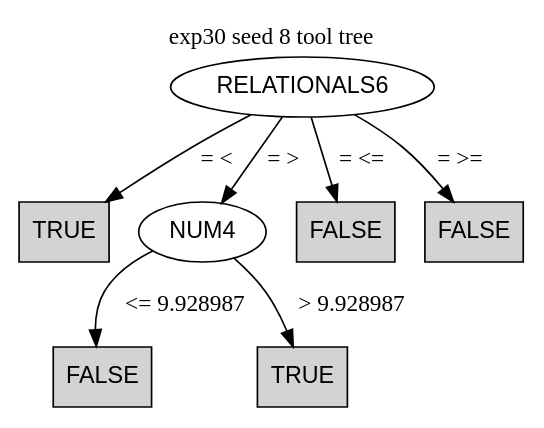
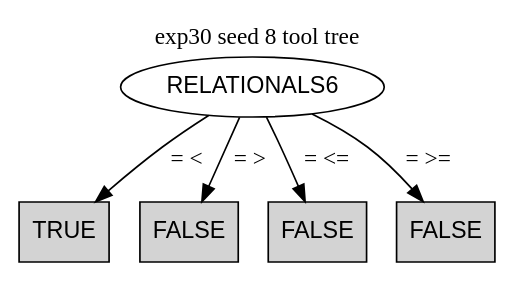
The diagram in derived_results/tool_trees/exp30/seed8/tool_tree.dot (rdinizcal/Diagnosis-replication-package), drawn with Graphviz before and after one commit. The commit also changed 666 other files, not shown here.

```diff
--- a/derived_results/tool_trees/exp30/seed8/tool_tree.dot
+++ b/derived_results/tool_trees/exp30/seed8/tool_tree.dot
@@ -1,18 +1,14 @@
 digraph J48Tree {
 rankdir=TB;
 node [fontname=Helvetica];
 label="exp30 seed 8 tool tree"; labelloc=t;
 N0 [label="RELATIONALS6",shape=ellipse];
 N1 [label="TRUE",shape=box,style=filled,fillcolor=lightgray];
-N2 [label="NUM4",shape=ellipse];
+N2 [label="FALSE",shape=box,style=filled,fillcolor=lightgray];
 N3 [label="FALSE",shape=box,style=filled,fillcolor=lightgray];
-N4 [label="TRUE",shape=box,style=filled,fillcolor=lightgray];
-N5 [label="FALSE",shape=box,style=filled,fillcolor=lightgray];
-N6 [label="FALSE",shape=box,style=filled,fillcolor=lightgray];
+N4 [label="FALSE",shape=box,style=filled,fillcolor=lightgray];
 N0 -> N1 [label="= <"];
 N0 -> N2 [label="= >"];
-N2 -> N3 [label="<= 9.928987"];
-N2 -> N4 [label="> 9.928987"];
-N0 -> N5 [label="= <="];
-N0 -> N6 [label="= >="];
+N0 -> N3 [label="= <="];
+N0 -> N4 [label="= >="];
 }
```
